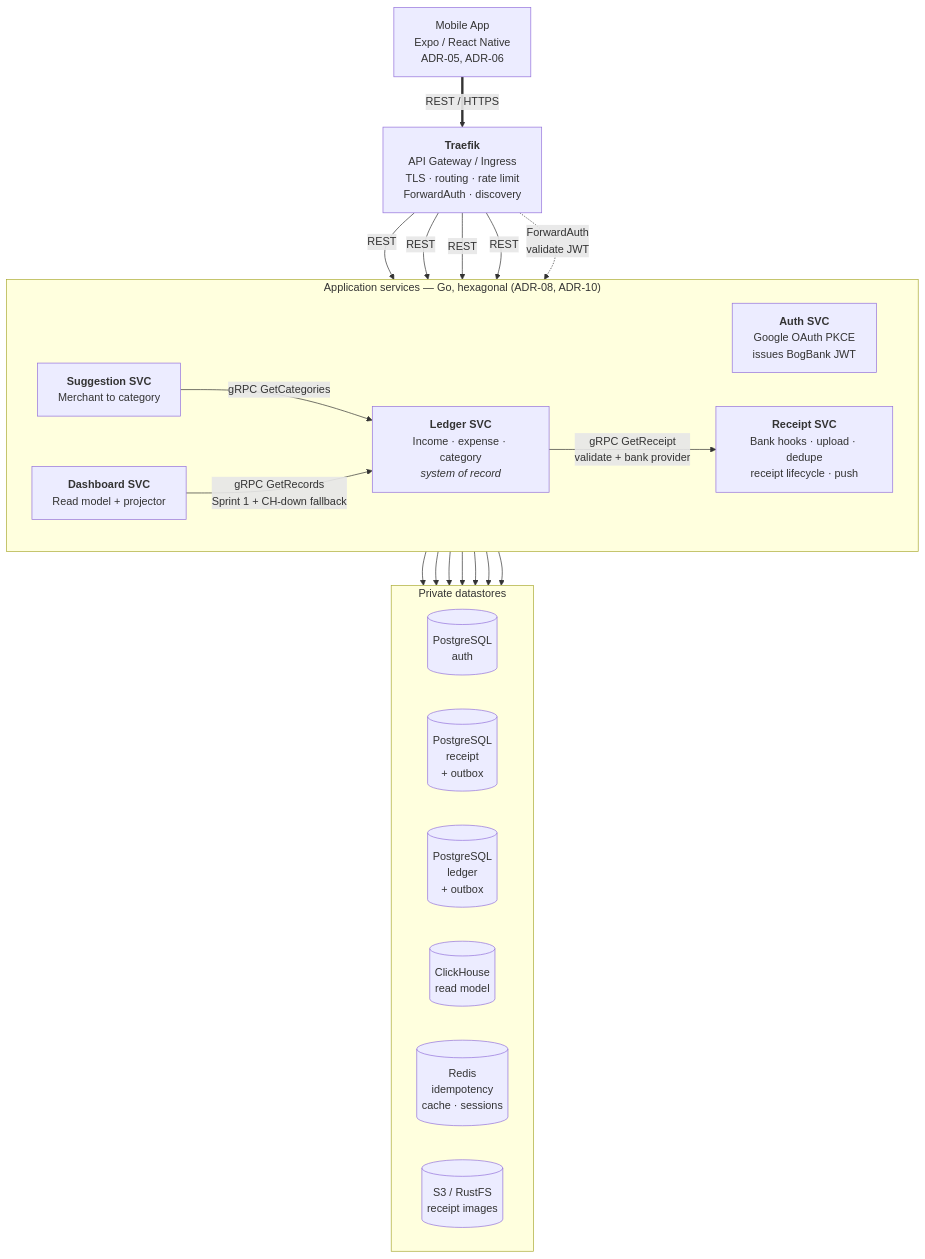
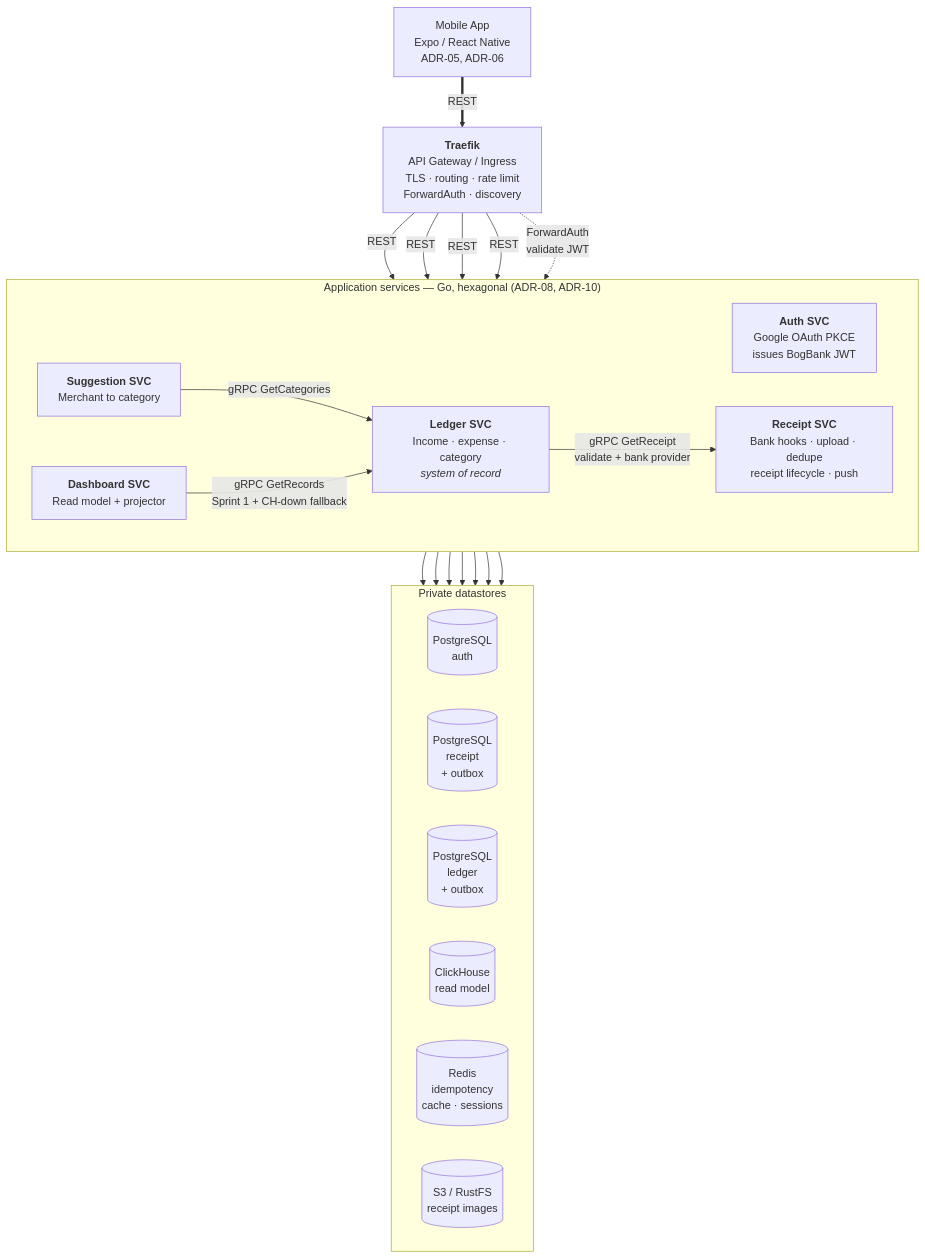
Before and after one commit to moomaideng/bogbank: the second of 8 diagrams in docs/arch/microservices-design/architecture-diagram-v2.md, drawn with Mermaid. The commit also changed other lines of this file, not shown here.

Commit message:
docs: modified the architecture diagram v2 to align with C4 model

````diff
--- a/docs/arch/microservices-design/architecture-diagram-v2.md
+++ b/docs/arch/microservices-design/architecture-diagram-v2.md
@@ -64,44 +64,44 @@
 ```mermaid
 flowchart TB
     Client["Mobile App<br/>Expo / React Native<br/>ADR-05, ADR-06"]
 
     Traefik["<b>Traefik</b><br/>API Gateway / Ingress<br/>TLS · routing · rate limit<br/>ForwardAuth · discovery"]
 
     subgraph Services["Application services — Go, hexagonal (ADR-08, ADR-10)"]
         direction LR
         Auth["<b>Auth SVC</b><br/>Google OAuth PKCE<br/>issues BogBank JWT"]
         Receipt["<b>Receipt SVC</b><br/>Bank hooks · upload · dedupe<br/>receipt lifecycle · push"]
         Ledger["<b>Ledger SVC</b><br/>Income · expense · category<br/><i>system of record</i>"]
         Dash["<b>Dashboard SVC</b><br/>Read model + projector"]
         Suggest["<b>Suggestion SVC</b><br/>Merchant to category"]
     end
 
     subgraph Data["Private datastores"]
         direction LR
         AuthDB[("PostgreSQL<br/>auth")]
         ReceiptDB[("PostgreSQL<br/>receipt<br/>+ outbox")]
         LedgerDB[("PostgreSQL<br/>ledger<br/>+ outbox")]
         CH[("ClickHouse<br/>read model")]
         Redis[("Redis<br/>idempotency<br/>cache · sessions")]
         Blob[("S3 / RustFS<br/>receipt images")]
     end
 
-    Client == "REST / HTTPS" ==> Traefik
+    Client == "REST" ==> Traefik
     Traefik -- REST --> Auth
     Traefik -- REST --> Receipt
     Traefik -- REST --> Ledger
     Traefik -- REST --> Dash
     Traefik -. "ForwardAuth<br/>validate JWT" .-> Auth
 
     Ledger -- "gRPC GetReceipt<br/>validate + bank provider" --> Receipt
     Suggest -- "gRPC GetCategories" --> Ledger
     Dash -- "gRPC GetRecords<br/>Sprint 1 + CH-down fallback" --> Ledger
 
     Auth --> AuthDB
     Receipt --> ReceiptDB
     Receipt --> Blob
     Ledger --> LedgerDB
     Dash --> CH
     Suggest --> Redis
     Auth --> Redis
 ```
````
